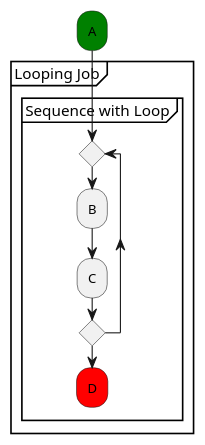
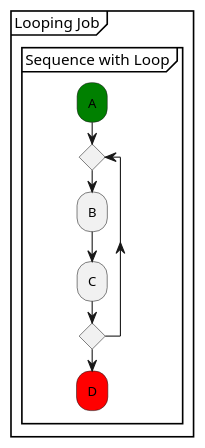
Before and after one commit to xtuml/munin: the diagram in models/SequenceVerificationDataCentric/puml/Tutorial_11.puml, drawn with PlantUML. The commit also changed 10 other files, not shown here.

```diff
--- a/models/SequenceVerificationDataCentric/puml/Tutorial_11.puml
+++ b/models/SequenceVerificationDataCentric/puml/Tutorial_11.puml
@@ -1,12 +1,12 @@
 @startuml
-#green:A;
 partition "Looping Job" {
   group "Sequence with Loop"
+    #green:A;
     repeat
       :B;
       :C;
     repeat while
     #red:D;
   end group
 }
 @enduml
```
